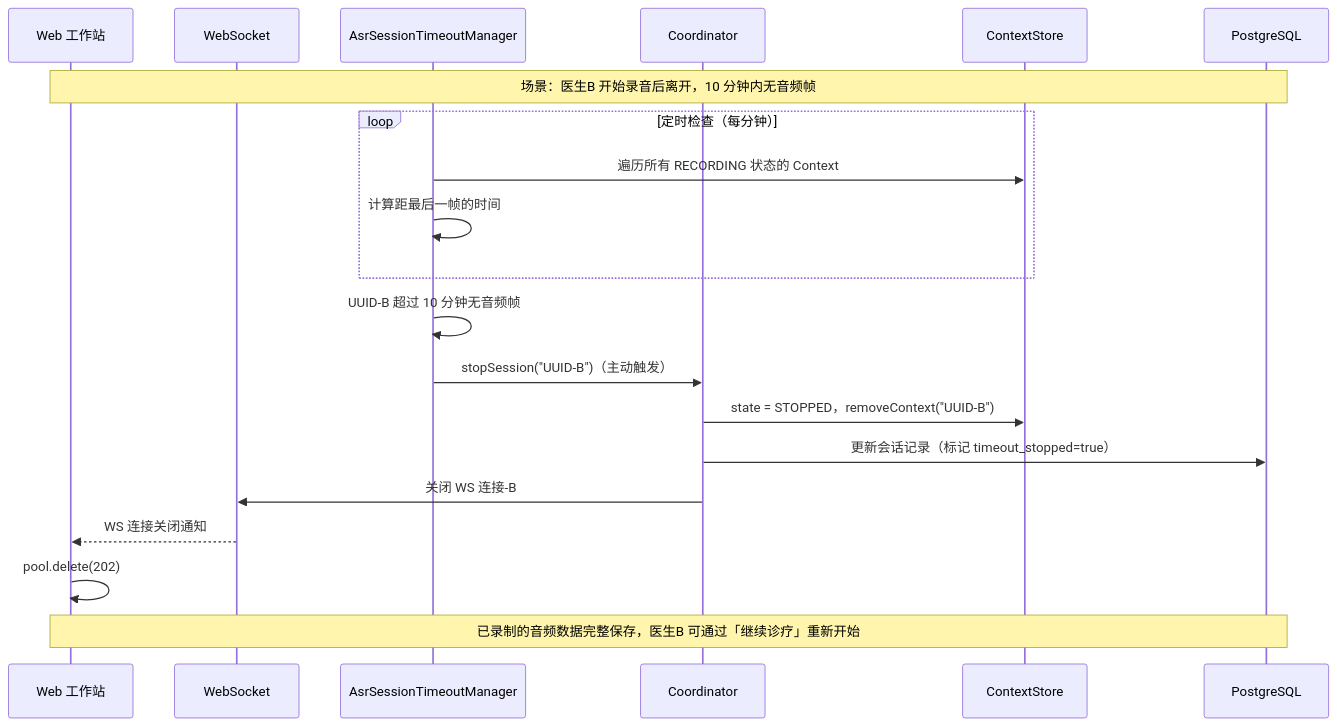
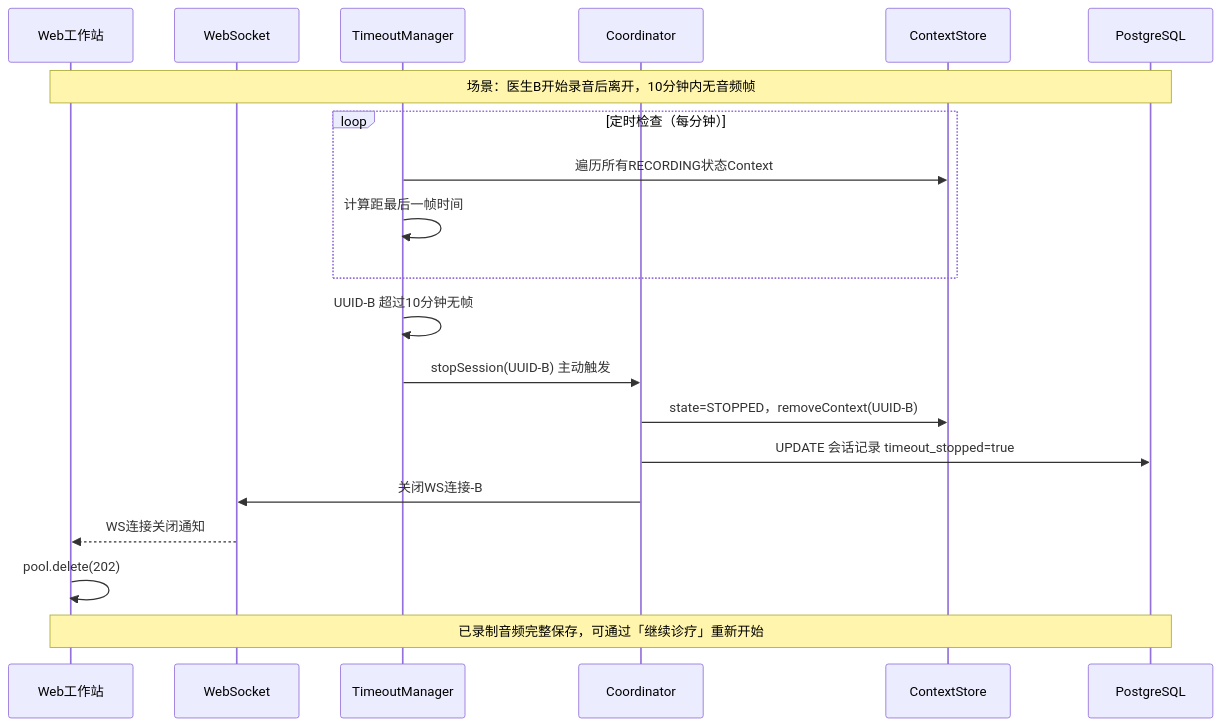
The fourth of 6 diagrams in uml/goodsop/v1.5-recording/web-recording.md (Gamehu/pictures-bed), drawn with Mermaid before and after one commit. The commit also changed other lines of this file and 2 other files, not shown here.

First line of the commit message:
fix: 修复 Mermaid 架构图渲染问题

````diff
--- a/uml/goodsop/v1.5-recording/web-recording.md
+++ b/uml/goodsop/v1.5-recording/web-recording.md
@@ -203,24 +196,24 @@
 ```mermaid
 sequenceDiagram
-    participant WEB as Web 工作站
+    participant WEB as Web工作站
     participant GW as WebSocket
-    participant Timeout as AsrSessionTimeoutManager
+    participant Timeout as TimeoutManager
     participant Coord as Coordinator
     participant Store as ContextStore
     participant DB as PostgreSQL
 
-    Note over WEB,DB: 场景：医生B 开始录音后离开，10 分钟内无音频帧
+    Note over WEB,DB: 场景：医生B开始录音后离开，10分钟内无音频帧
     loop 定时检查（每分钟）
-        Timeout ->> Store: 遍历所有 RECORDING 状态的 Context
-        Timeout ->> Timeout: 计算距最后一帧的时间
+        Timeout ->> Store: 遍历所有RECORDING状态Context
+        Timeout ->> Timeout: 计算距最后一帧时间
     end
 
-    Timeout ->> Timeout: UUID-B 超过 10 分钟无音频帧
-    Timeout ->> Coord: stopSession("UUID-B")（主动触发）
-    Coord ->> Store: state = STOPPED，removeContext("UUID-B")
-    Coord ->> DB: 更新会话记录（标记 timeout_stopped=true）
-    Coord ->> GW: 关闭 WS 连接-B
-    GW -->> WEB: WS 连接关闭通知
+    Timeout ->> Timeout: UUID-B 超过10分钟无帧
+    Timeout ->> Coord: stopSession(UUID-B) 主动触发
+    Coord ->> Store: state=STOPPED，removeContext(UUID-B)
+    Coord ->> DB: UPDATE 会话记录 timeout_stopped=true
+    Coord ->> GW: 关闭WS连接-B
+    GW -->> WEB: WS连接关闭通知
     WEB ->> WEB: pool.delete(202)
-    Note over WEB,DB: 已录制的音频数据完整保存，医生B 可通过「继续诊疗」重新开始
+    Note over WEB,DB: 已录制音频完整保存，可通过「继续诊疗」重新开始
 ```
````
